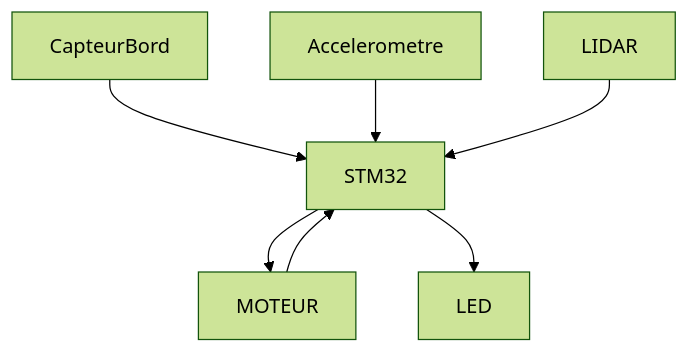
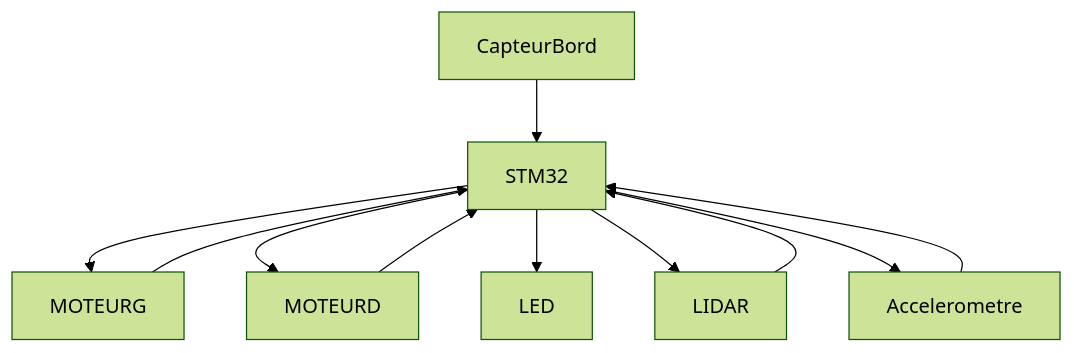
The second of 2 diagrams in Calculs et brouillons/Remarque_Sch.md (Manassehalt/2425_ESE_Projet_Torero), drawn with Mermaid (forest theme) before and after one commit.

````diff
--- a/Calculs et brouillons/Remarque_Sch.md
+++ b/Calculs et brouillons/Remarque_Sch.md
@@ -83,9 +83,13 @@
 ```mermaid
 graph TD;
-	STM32-->MOTEUR;
+	STM32-->MOTEURG;
+	STM32-->MOTEURD;
 	STM32-->LED;
-	MOTEUR-->STM32;
+	STM32-->LIDAR;
+	STM32-->Accelerometre;
+	MOTEURG-->STM32;
+	MOTEURD-->STM32;
 	CapteurBord-->STM32;
 	Accelerometre-->STM32;
 	LIDAR-->STM32;
 ```
````
